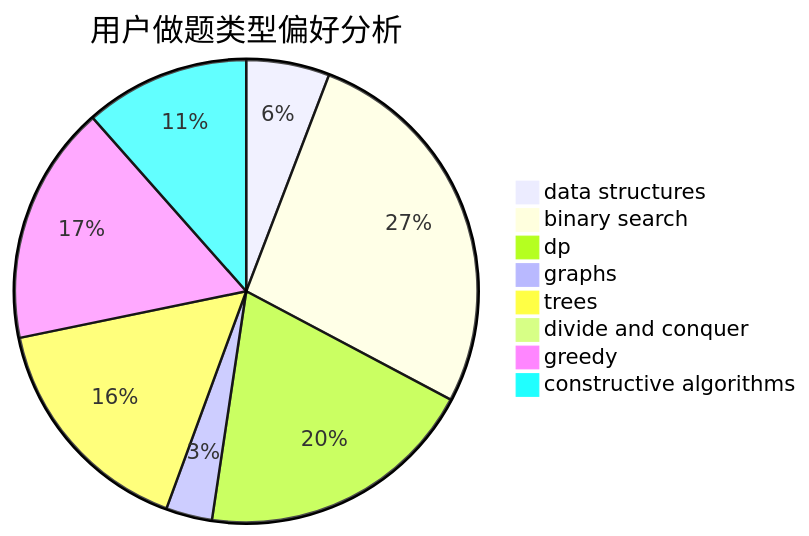
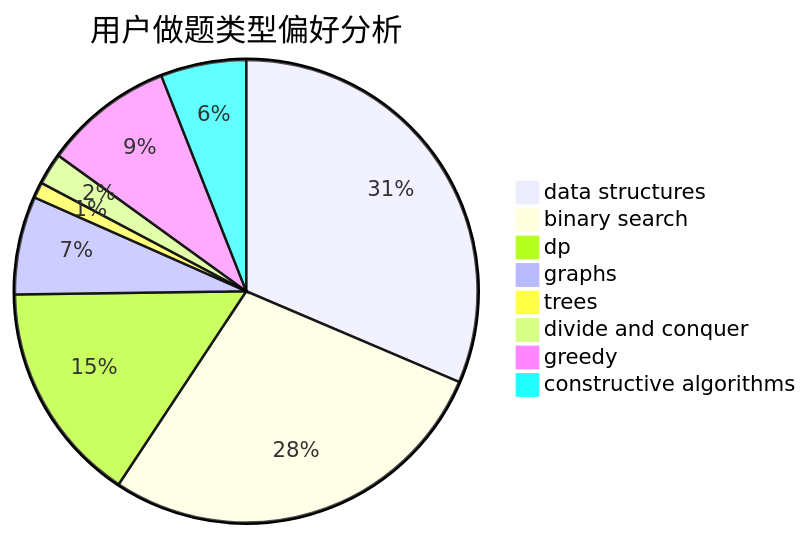
One commit to sherpahu/cfrs.github.io changed the second of 3 diagrams in docs/user/u2313.md. Above: the diagram before and after it, drawn with Mermaid. The commit also changed other lines of this file and 2770 other files, not shown here.

````diff
--- a/docs/user/u2313.md
+++ b/docs/user/u2313.md
@@ -23,11 +23,11 @@
 ```mermaid
 pie title 用户做题类型偏好分析
-    "data structures" :  54
-    "binary search" :  250
-    "dp" :  182
-    "graphs" :  30
-    "trees" :  150
-    "divide and conquer" :  5
-    "greedy" :  155
-    "constructive algorithms" :  107
+    "data structures" :  142
+    "binary search" :  126
+    "dp" :  70
+    "graphs" :  31
+    "trees" :  5
+    "divide and conquer" :  10
+    "greedy" :  41
+    "constructive algorithms" :  27
 ```
````
